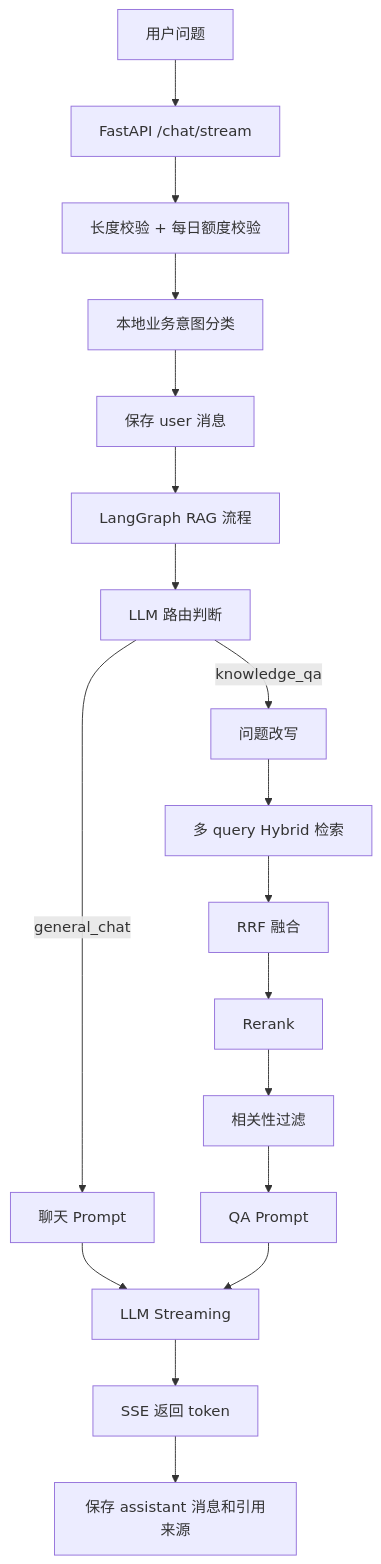
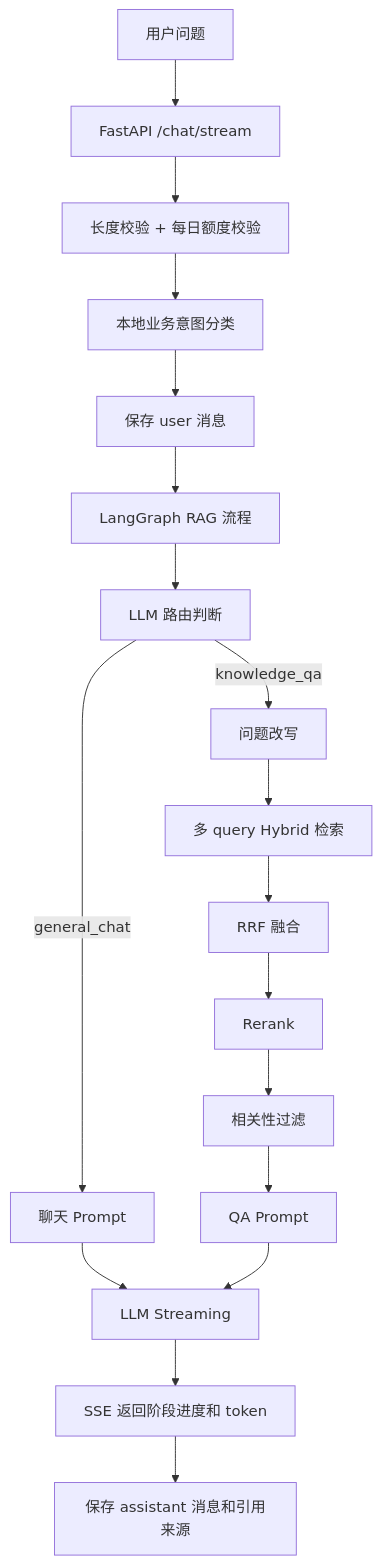
One commit to Itachi852/aegisdesk-ai changed the diagram in docs/AI架构设计.md. Above: the diagram before and after it, drawn with Mermaid. The commit also changed other lines of this file and 24 other files, not shown here.

````diff
--- a/docs/AI架构设计.md
+++ b/docs/AI架构设计.md
@@ -9,20 +9,20 @@
 ```mermaid
 flowchart TD
     A["用户问题"] --> B["FastAPI /chat/stream"]
     B --> C["长度校验 + 每日额度校验"]
     C --> D["本地业务意图分类"]
     D --> E["保存 user 消息"]
     E --> F["LangGraph RAG 流程"]
     F --> G["LLM 路由判断"]
     G -->|general_chat| H["聊天 Prompt"]
     G -->|knowledge_qa| I["问题改写"]
     I --> J["多 query Hybrid 检索"]
     J --> K["RRF 融合"]
     K --> L["Rerank"]
     L --> M["相关性过滤"]
     M --> N["QA Prompt"]
     H --> O["LLM Streaming"]
     N --> O
-    O --> P["SSE 返回 token"]
+    O --> P["SSE 返回阶段进度和 token"]
     P --> Q["保存 assistant 消息和引用来源"]
 ```
````
